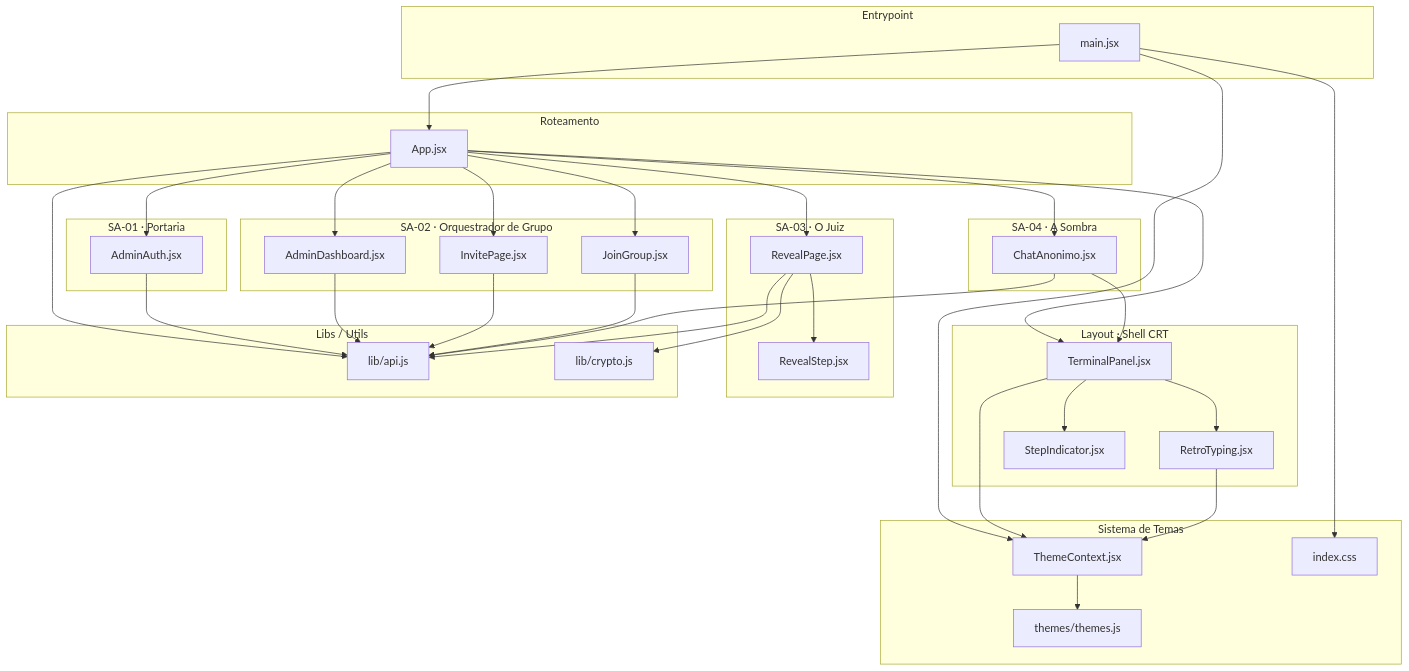
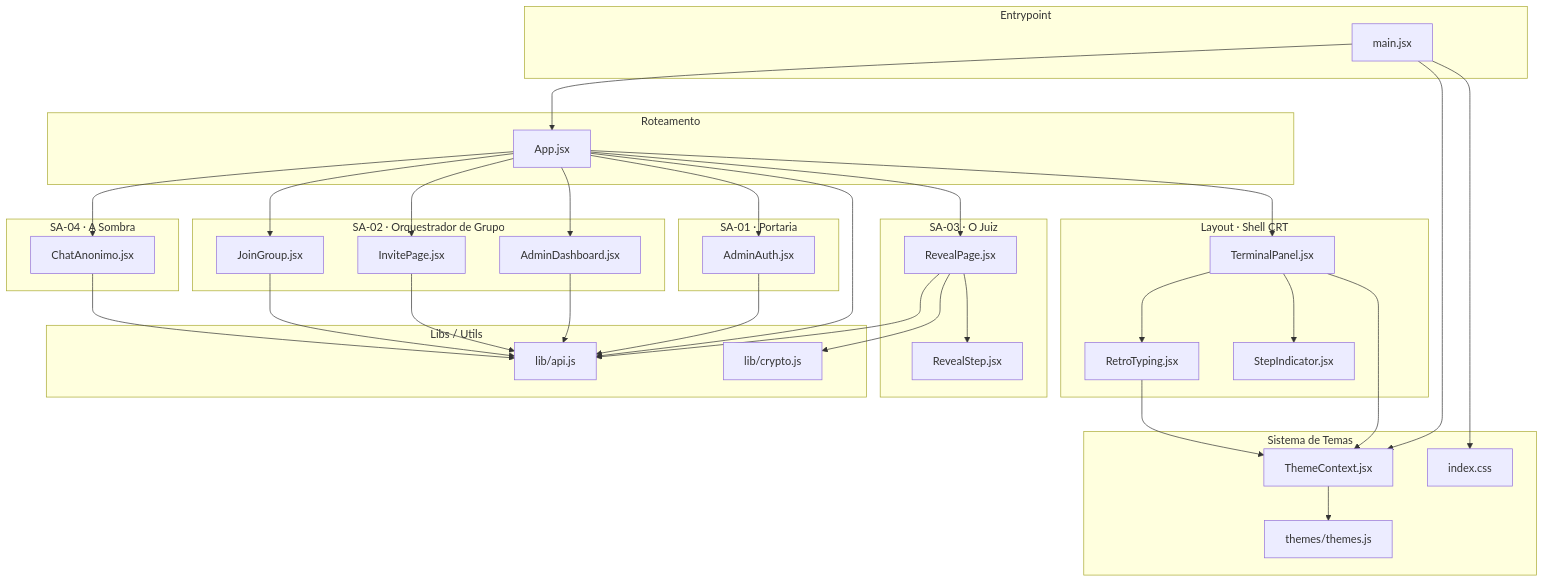
The diagram in docs/modules/dependencias_react.md (charines/AmigoSecreto), drawn with Mermaid before and after one commit. The commit also changed other lines of this file and 8 other files, not shown here.

```diff
--- a/docs/modules/dependencias_react.md
+++ b/docs/modules/dependencias_react.md
@@ -90,8 +94,7 @@
     REVEAL_P --> API
     REVEAL_P --> CRYPTO
 
-    %% SA-04
-    CHAT --> PANEL
+    %% SA-04 (sem TerminalPanel após redesign 2026-06-28)
     CHAT --> API
 
     %% Layout Shell
```
